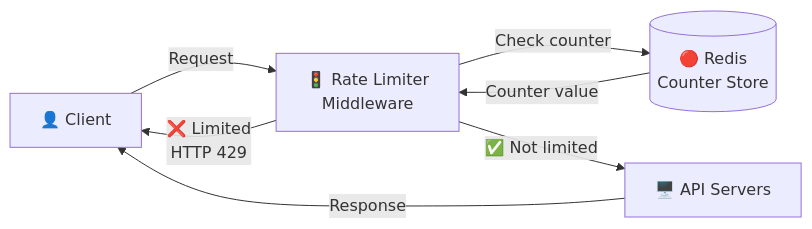
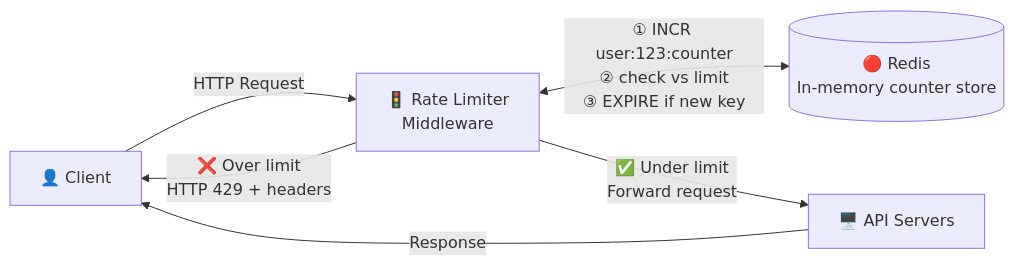
Before and after one commit to devops-monk/system-design-blog: diagram 15 of 26 in content/posts/2026/design-a-rate-limiter.md, drawn with Mermaid. The commit also changed other lines of this file, not shown here.

First line of the commit message:
feat: rewrite Chapter 4 rate limiter article — much more detailed

````diff
--- a/content/posts/2026/design-a-rate-limiter.md
+++ b/content/posts/2026/design-a-rate-limiter.md
@@ -408,9 +545,11 @@
 ```mermaid
 graph LR
-    CLIENT[👤 Client] -->|Request| RL["🚦 Rate Limiter\nMiddleware"]
-    RL -->|Check counter| REDIS[("🔴 Redis\nCounter Store")]
-    REDIS -->|Counter value| RL
-    RL -->|✅ Not limited| API[🖥️ API Servers]
-    RL -->|❌ Limited\nHTTP 429| CLIENT
+    CLIENT["👤 Client"] -->|HTTP Request| RL["🚦 Rate Limiter\nMiddleware"]
+    
+    RL <-->|"① INCR user:123:counter\n② check vs limit\n③ EXPIRE if new key"| REDIS[("🔴 Redis\nIn-memory counter store")]
+    
+    RL -->|"✅ Under limit\nForward request"| API["🖥️ API Servers"]
+    RL -->|"❌ Over limit\nHTTP 429 + headers"| CLIENT
+    
     API -->|Response| CLIENT
 ```
````
